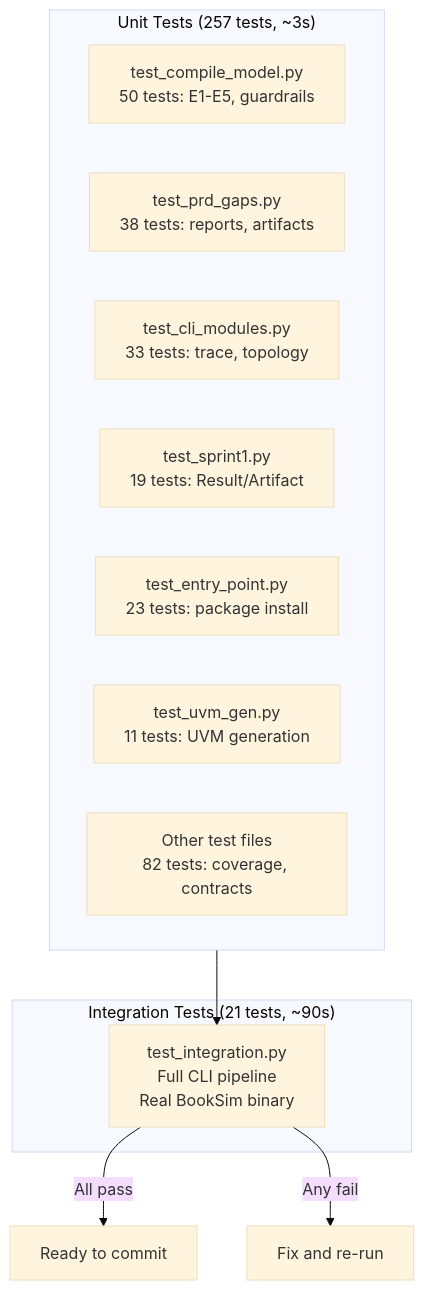
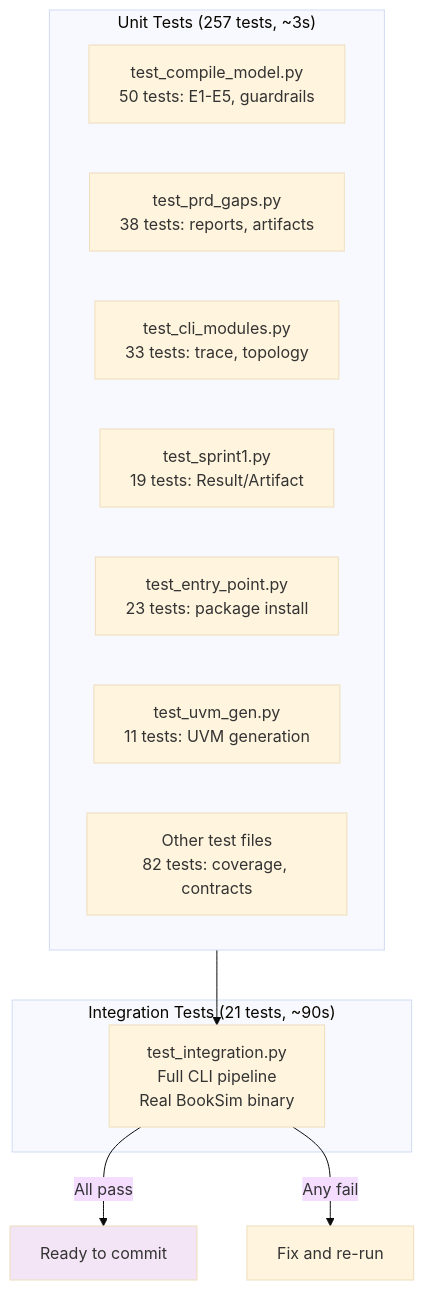
One commit to Anmol-S314/veritx-research changed diagram 16 of 17 in tracks/t3-topology/dse/README.md. Above: the diagram before and after it, drawn with Mermaid (base theme). The commit also changed other lines of this file and 1 other file, not shown here.

First line of the commit message:
docs: color-code all 22 Mermaid diagrams with consistent scheme

````diff
--- a/tracks/t3-topology/dse/README.md
+++ b/tracks/t3-topology/dse/README.md
@@ -2138,20 +2182,21 @@
 ```mermaid
 flowchart TD
     subgraph Unit["Unit Tests (257 tests, ~3s)"]
         U1["test_compile_model.py\n50 tests: E1-E5, guardrails"]
         U2["test_prd_gaps.py\n38 tests: reports, artifacts"]
         U3["test_cli_modules.py\n33 tests: trace, topology"]
         U4["test_sprint1.py\n19 tests: Result/Artifact"]
         U5["test_entry_point.py\n23 tests: package install"]
         U6["test_uvm_gen.py\n11 tests: UVM generation"]
         U7["Other test files\n82 tests: coverage, contracts"]
     end
 
     subgraph Integration["Integration Tests (21 tests, ~90s)"]
         I1["test_integration.py\nFull CLI pipeline\nReal BookSim binary"]
     end
 
     Unit --> I1
     I1 -->|"All pass"| OK["Ready to commit"]
     I1 -->|"Any fail"| FIX["Fix and re-run"]
+    style OK fill:#f3e5f5
 ```
````
